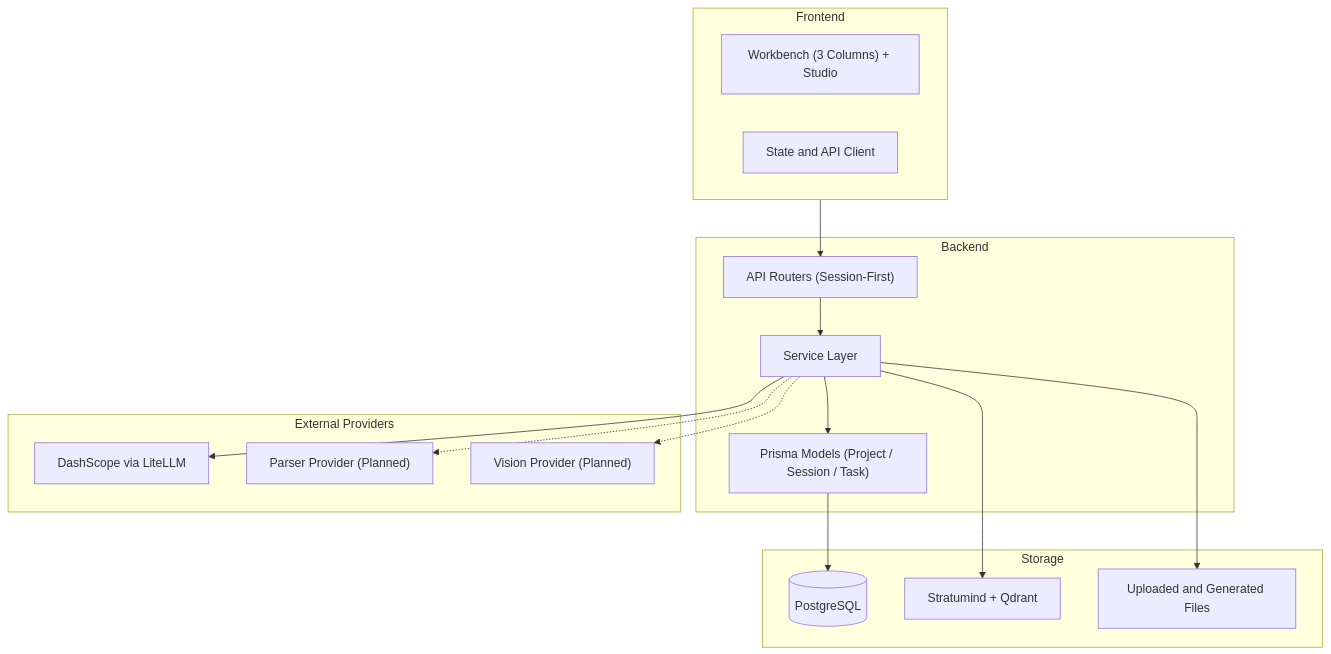
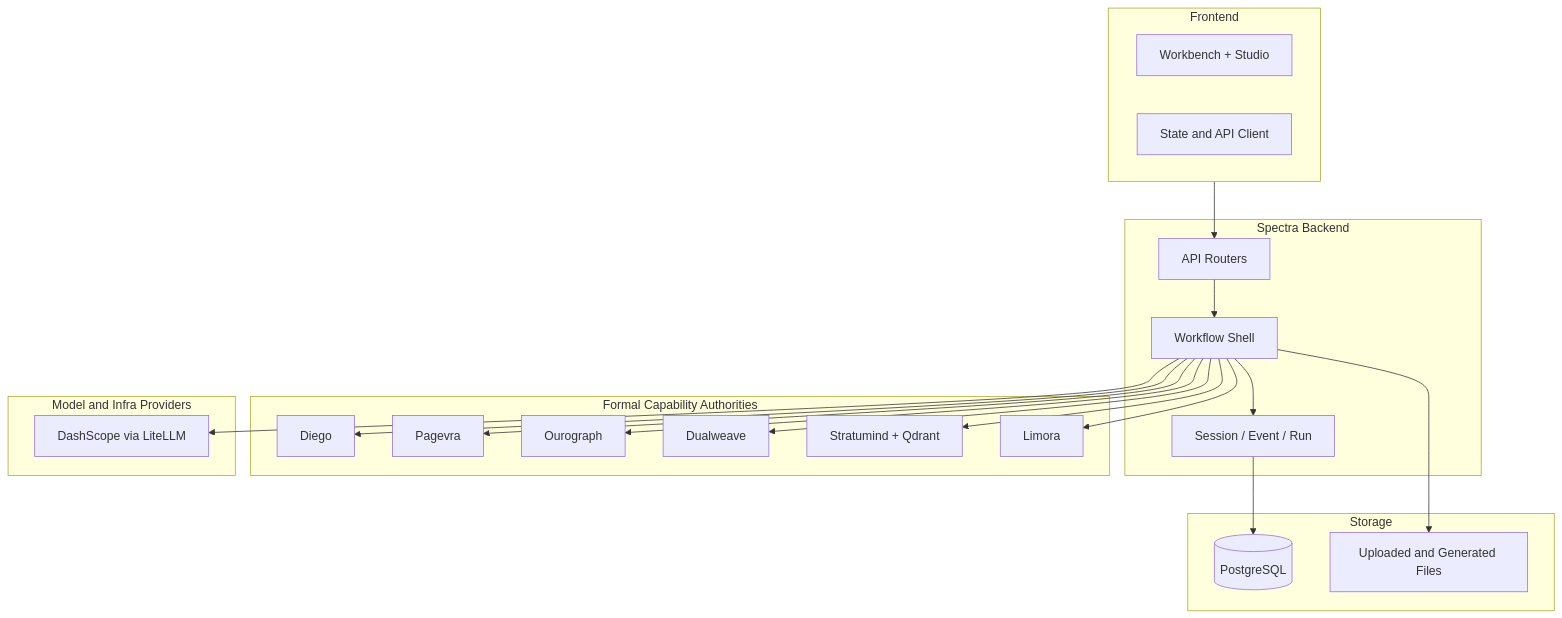
Before and after one commit to ln-one/Spectra: the diagram in docs/architecture/system/overview.md, drawn with Mermaid. The commit also changed other lines of this file and 94 other files, not shown here.

````diff
--- a/docs/architecture/system/overview.md
+++ b/docs/architecture/system/overview.md
@@ -11,35 +28,44 @@
 ```mermaid
 flowchart TB
  subgraph FE["Frontend"]
- FEPages["Workbench (3 Columns) + Studio"]
+ FEPages["Workbench + Studio"]
  FEState["State and API Client"]
  end
 
- subgraph BE["Backend"]
- BERouter["API Routers (Session-First)"]
- BEService["Service Layer"]
- BEModel["Prisma Models (Project / Session / Task)"]
+ subgraph BE["Spectra Backend"]
+ BERouter["API Routers"]
+ BEService["Workflow Shell"]
+ BESession["Session / Event / Run"]
  end
 
  subgraph Store["Storage"]
  DB[("PostgreSQL")]
- VDB["Stratumind + Qdrant"]
  FS["Uploaded and Generated Files"]
  end
 
- subgraph Ext["External Providers"]
+ subgraph Authority["Formal Capability Authorities"]
+ Diego["Diego"]
+ Pagevra["Pagevra"]
+ Ourograph["Ourograph"]
+ Dualweave["Dualweave"]
+ Stratumind["Stratumind + Qdrant"]
+ Limora["Limora"]
+ end
+
+ subgraph Provider["Model and Infra Providers"]
  LLM["DashScope via LiteLLM"]
- Parser["Parser Provider (Planned)"]
- Vision["Vision Provider (Planned)"]
  end
 
  FE --> BERouter
  BERouter --> BEService
- BEService --> BEModel
- BEModel --> DB
- BEService --> VDB
+ BEService --> BESession
+ BESession --> DB
  BEService --> FS
+ BEService --> Diego
+ BEService --> Pagevra
+ BEService --> Ourograph
+ BEService --> Dualweave
+ BEService --> Stratumind
+ BEService --> Limora
  BEService --> LLM
- BEService -.-> Parser
- BEService -.-> Vision
 ```
````
